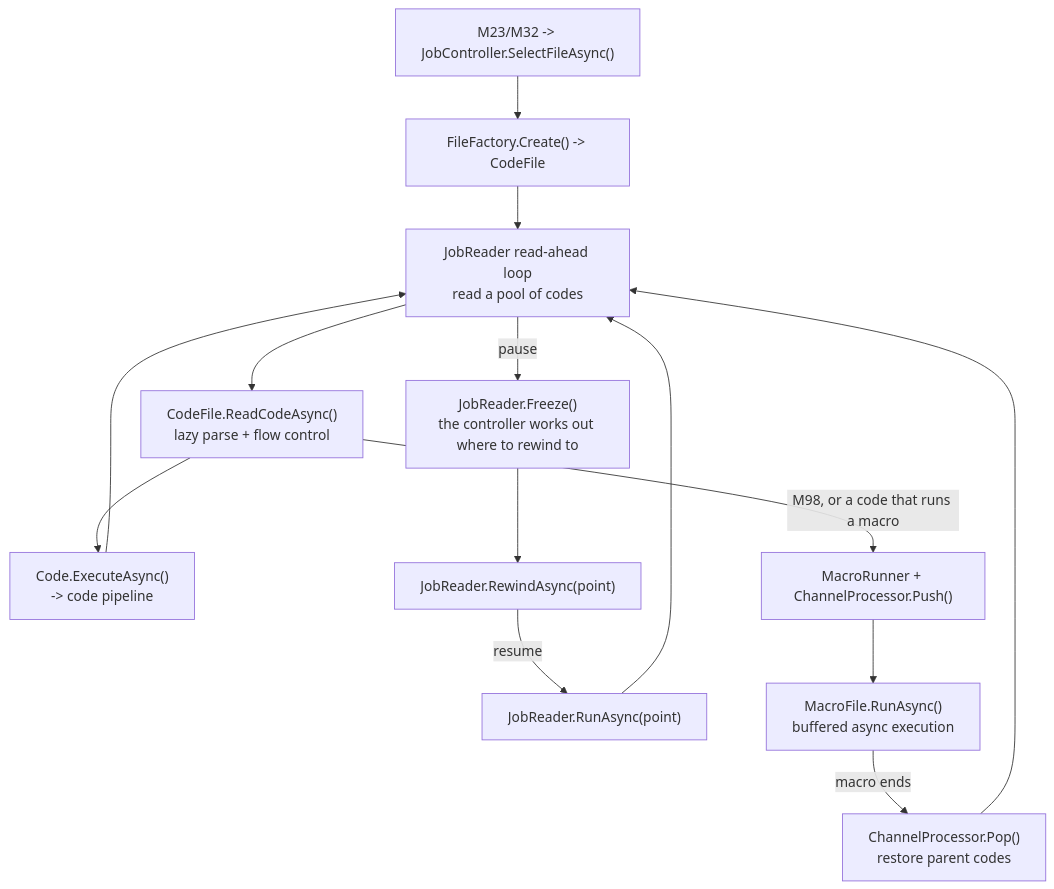
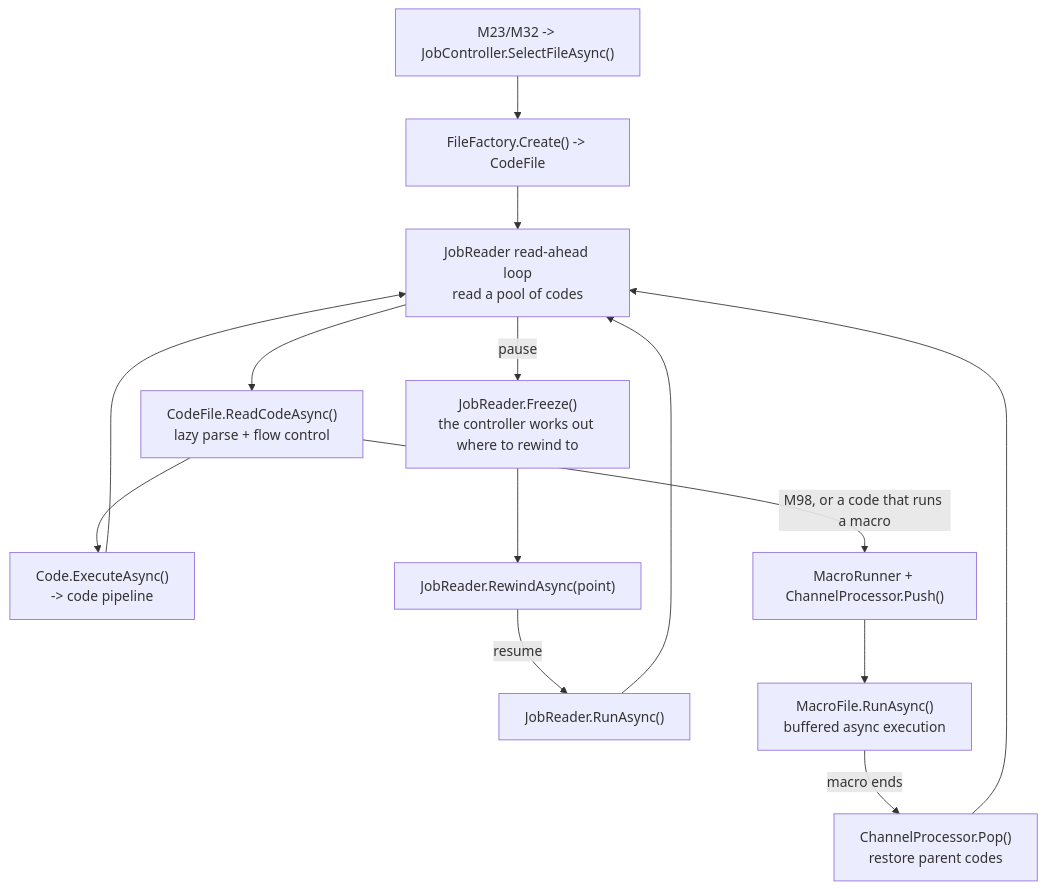
The diagram in src/Documentation/articles/file-management.md (Duet3D/DuetSoftwareFramework), drawn with Mermaid before and after one commit. The commit also changed other lines of this file and 25 other files, not shown here.

First line of the commit message:
fix: resume a while loop in the iteration the job was paused in

````diff
--- a/src/Documentation/articles/file-management.md
+++ b/src/Documentation/articles/file-management.md
@@ -51,18 +51,18 @@
 ```mermaid
 flowchart TD
     SEL["M23/M32 -> JobController.SelectFileAsync()"] --> OPEN["FileFactory.Create() -> CodeFile"]
     OPEN --> LOOP["JobReader read-ahead loop<br/>read a pool of codes"]
     LOOP --> READ["CodeFile.ReadCodeAsync()<br/>lazy parse + flow control"]
     READ --> PIPE["Code.ExecuteAsync()<br/>-> code pipeline"]
     PIPE --> LOOP
 
     LOOP -- "pause" --> PAUSE["JobReader.Freeze()<br/>the controller works out where to rewind to"]
     PAUSE --> REW["JobReader.RewindAsync(point)"]
-    REW -- "resume" --> RUN["JobReader.RunAsync(point)"]
+    REW -- "resume" --> RUN["JobReader.RunAsync()"]
     RUN --> LOOP
 
     READ -- "M98, or a code that runs a macro" --> MAC["MacroRunner + ChannelProcessor.Push()"]
     MAC --> MACLOOP["MacroFile.RunAsync()<br/>buffered async execution"]
     MACLOOP -- "macro ends" --> POP["ChannelProcessor.Pop()<br/>restore parent codes"]
     POP --> LOOP
 ```
````
